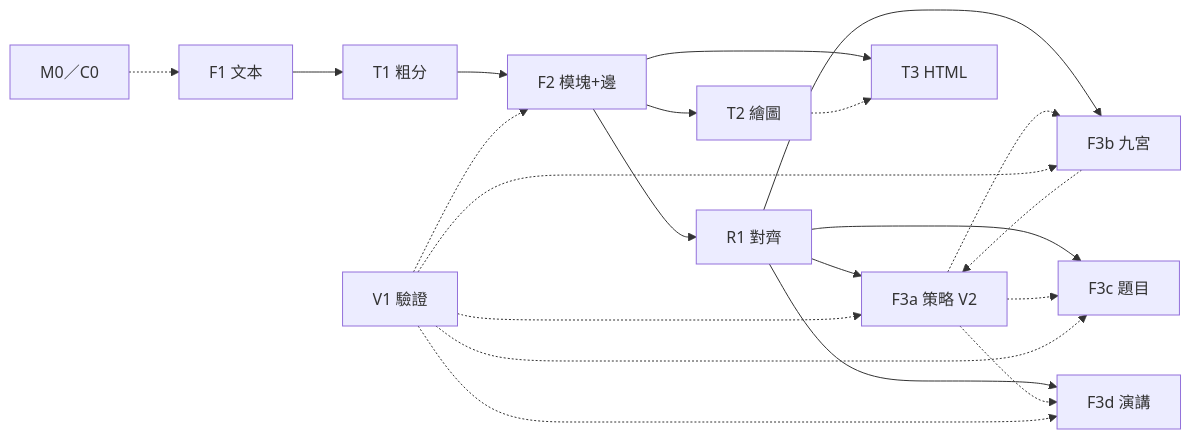
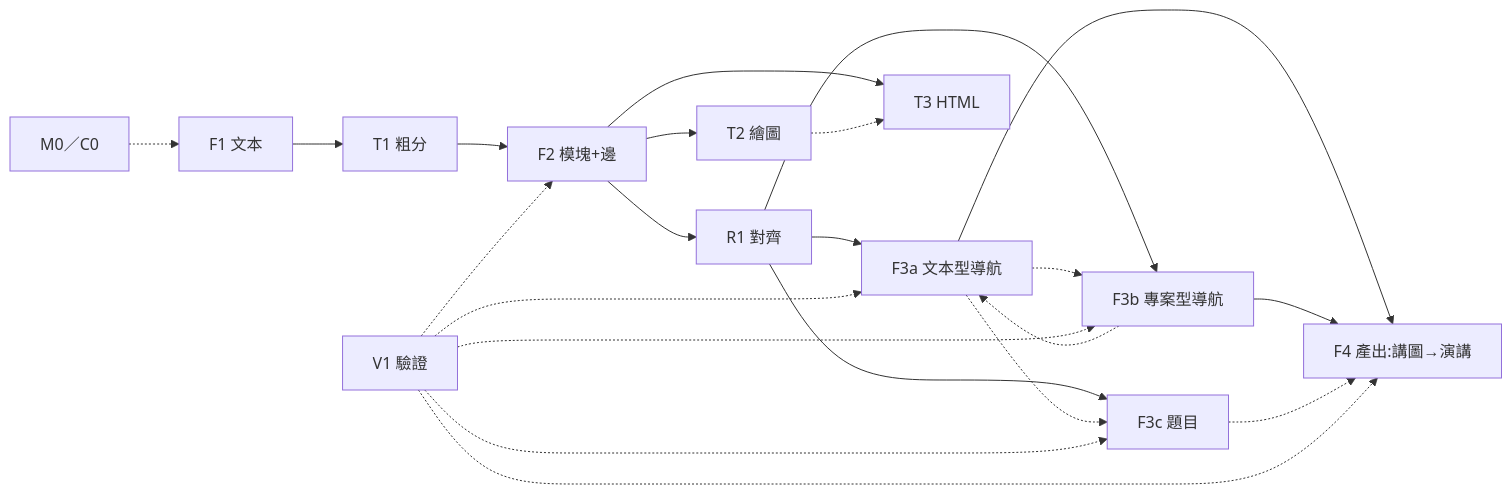
One commit to e76541/HS_LearnOSa changed the diagram in docs/management/ops-id-legend.md. Above: the diagram before and after it, drawn with Mermaid. The commit also changed other lines of this file and 32 other files, not shown here.

First line of the commit message:
docs: 使用優先學習迴路草案＋流程圖，併治理 v5 升級與 7/27 裁決區間

````diff
--- a/docs/management/ops-id-legend.md
+++ b/docs/management/ops-id-legend.md
@@ -134,34 +141,35 @@
 ```mermaid
 flowchart LR
   C0[M0／C0]
   F1[F1 文本]
   T1[T1 粗分]
   F2[F2 模塊+邊]
   R1[R1 對齊]
-  F3a[F3a 策略 V2]
-  F3b[F3b 九宮]
+  F3a[F3a 文本型導航]
+  F3b[F3b 專案型導航]
   F3c[F3c 題目]
-  F3d[F3d 演講]
+  F4[F4 產出:講圖→演講]
   T2[T2 繪圖]
   T3[T3 HTML]
   V1[V1 驗證]
 
   C0 -.-> F1
   F1 --> T1 --> F2 --> R1
   R1 --> F3a
   R1 --> F3b
   R1 --> F3c
-  R1 --> F3d
   F3a -.-> F3b
   F3a -.-> F3c
-  F3a -.-> F3d
   F3b -.-> F3a
+  F3a --> F4
+  F3b --> F4
+  F3c -.-> F4
   F2 --> T2
   F2 --> T3
   T2 -.-> T3
   V1 -.-> F2
   V1 -.-> F3a
   V1 -.-> F3b
   V1 -.-> F3c
-  V1 -.-> F3d
+  V1 -.-> F4
 ```
````
